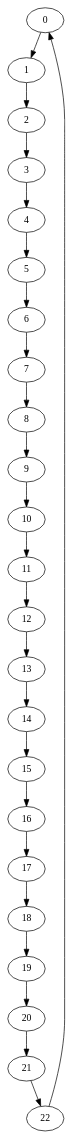
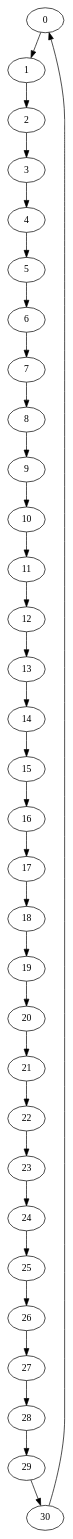
The diagram in src/systemtest/resources/mapFiles/big.dot (albertgreaca/emergency-management-group), drawn with Graphviz before and after one commit.

```diff
--- a/src/systemtest/resources/mapFiles/big.dot
+++ b/src/systemtest/resources/mapFiles/big.dot
@@ -1,51 +1,66 @@
 digraph G {
 	0;
 	1;
 	2;
 	3;
 	4;
 	5;
 	6;
 	7;
 	8;
 	9;
 	10;
 	11;
 	12;
 	13;
 	14;
 	15;
 	16;
 	17;
 	18;
 	19;
 	20;
 	21;
 	22;
+	23;
+	24;
+	25;
+	26;
+	27;
+	28;
+	29;
+	30;
 
 
 	0 -> 1 [village=Dortmund; name=Meadow_Way; heightLimit=3; weight=10; primaryType=mainStreet; secondaryType=none;];
 	1 -> 2 [village=Dortmund; name=By_the_Stream; heightLimit=3; weight=10; primaryType=mainStreet; secondaryType=none;];
 	2 -> 3 [village=Dortmund; name=Rose_Street; heightLimit=3; weight=10; primaryType=sideStreet; secondaryType=none;];
 	3 -> 4 [village=Dortmund; name=Garden_Way; heightLimit=3; weight=10; primaryType=mainStreet; secondaryType=none;];
 	4 -> 5 [village=Dortmund; name=By_the_Pond; heightLimit=3; weight=10; primaryType=mainStreet; secondaryType=none;];
 	5 -> 6 [village=Dortmund; name=Field_Lane; heightLimit=3; weight=10; primaryType=mainStreet; secondaryType=none;];
 	6 -> 7 [village=Dortmund; name=Gardenia; heightLimit=3; weight=10; primaryType=mainStreet; secondaryType=none;];
 	7 -> 8 [village=Dortmund; name=Sun_Street; heightLimit=3; weight=10; primaryType=mainStreet; secondaryType=none;];
 	8 -> 9 [village=Dortmund; name=Spruce_Street; heightLimit=3; weight=10; primaryType=mainStreet; secondaryType=none;];
 	9 -> 10 [village=Dortmund; name=Spruke; heightLimit=3; weight=10; primaryType=mainStreet; secondaryType=none;];
 	10 -> 11 [village=Dortmund; name=Town_Hall_Square; heightLimit=3; weight=10; primaryType=mainStreet; secondaryType=none;];
 	11 -> 12 [village=Dortmund; name=Schubert_Avenue; heightLimit=3; weight=10; primaryType=mainStreet; secondaryType=none;];
 	12 -> 13 [village=Dortmund; name=Rose_Way; heightLimit=3; weight=10; primaryType=mainStreet; secondaryType=none;];
 	13 -> 14 [village=Dortmund; name=Fir_Way; heightLimit=3; weight=10; primaryType=mainStreet; secondaryType=none;];
 	14 -> 15 [village=Dortmund; name=Post_Office_Street; heightLimit=3; weight=10; primaryType=mainStreet; secondaryType=none;];
 	15 -> 16 [village=Dortmund; name=Schubertus_Avenue; heightLimit=3; weight=10; primaryType=mainStreet; secondaryType=none;];
 	16 -> 17 [village=Dortmund; name=Old_Village_Street; heightLimit=3; weight=10; primaryType=mainStreet; secondaryType=none;];
 	17 -> 18 [village=Dortmund; name=Linden_Street; heightLimit=3; weight=10; primaryType=mainStreet; secondaryType=none;];
 	18 -> 19 [village=Dortmund; name=Church_Lane; heightLimit=3; weight=10; primaryType=mainStreet; secondaryType=none;];
 	19 -> 20 [village=Dortmund; name=On_the_Slope; heightLimit=3; weight=10; primaryType=mainStreet; secondaryType=none;];
 	20 -> 21 [village=Dortmund; name=Schiller_Square; heightLimit=3; weight=10; primaryType=mainStreet; secondaryType=none;];
 	21 -> 22 [village=Dortmund; name=Post_Road; heightLimit=3; weight=10; primaryType=mainStreet; secondaryType=none;];
-	22 -> 0 [village=Dortmund; name=Birch_Way; heightLimit=3; weight=10; primaryType=mainStreet; secondaryType=none;];
-
+	22 -> 23 [village=Dortmund; name=Birch_Way; heightLimit=3; weight=10; primaryType=mainStreet; secondaryType=none;];
+	23 -> 24 [village=Dortmund; name=Sopra; heightLimit=3; weight=10; primaryType=mainStreet; secondaryType=none;];
+    24 -> 25 [village=Dortmund; name=Winfo; heightLimit=3; weight=10; primaryType=mainStreet; secondaryType=none;];
+   	25 -> 26 [village=Dortmund; name=Dsai; heightLimit=3; weight=10; primaryType=mainStreet; secondaryType=none;];
+   	26 -> 27 [village=Dortmund; name=Medieninformatik; heightLimit=3; weight=10; primaryType=mainStreet; secondaryType=none;];
+   	27 -> 28 [village=Dortmund; name=Prog; heightLimit=3; weight=10; primaryType=mainStreet; secondaryType=none;];
+   	28 -> 29 [village=Dortmund; name=Mfi; heightLimit=3; weight=10; primaryType=mainStreet; secondaryType=none;];
+   	29 -> 30 [village=Dortmund; name=Mathe; heightLimit=3; weight=10; primaryType=mainStreet; secondaryType=none;];
+   	30 -> 0 [village=Dortmund; name=Chemie; heightLimit=3; weight=10; primaryType=mainStreet; secondaryType=none;];
 }
```
